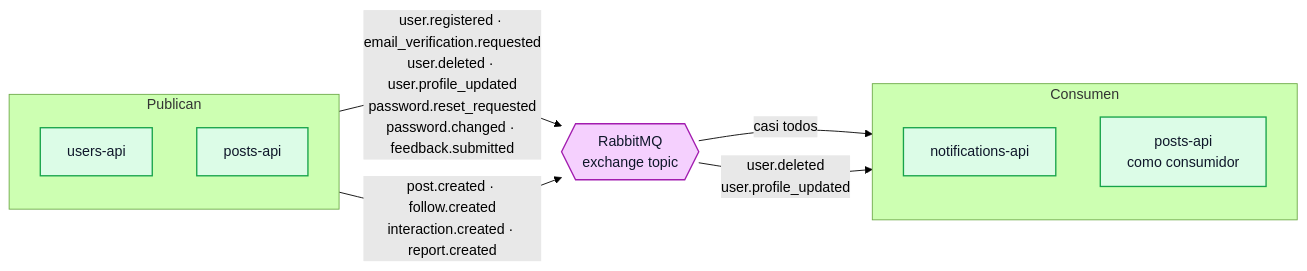
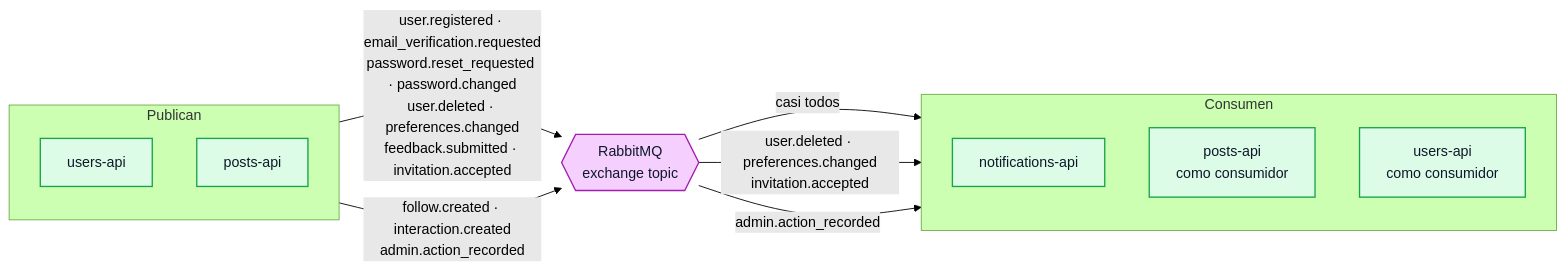
The third of 6 diagrams in docs/ARQUITECTURA.md (tds-g3-2s2026/udesa-x-platform), drawn with Mermaid (forest theme) before and after one commit. The commit also changed other lines of this file and 3 other files, not shown here.

````diff
--- a/docs/ARQUITECTURA.md
+++ b/docs/ARQUITECTURA.md
@@ -582,24 +567,26 @@
 ```mermaid
 flowchart LR
     subgraph pub["Publican"]
         direction TB
         U["users-api"]
         P["posts-api"]
     end
     EX{{"RabbitMQ<br/>exchange topic"}}
     subgraph con["Consumen"]
         direction TB
         N["notifications-api"]
         P2["posts-api<br/>como consumidor"]
+        U2["users-api<br/>como consumidor"]
     end
 
-    U -->|"user.registered · email_verification.requested<br/>user.deleted · user.profile_updated<br/>password.reset_requested<br/>password.changed · feedback.submitted"| EX
-    P -->|"post.created · follow.created<br/>interaction.created · report.created"| EX
+    U -->|"user.registered · email_verification.requested<br/>password.reset_requested · password.changed<br/>user.deleted · preferences.changed<br/>feedback.submitted · invitation.accepted"| EX
+    P -->|"follow.created · interaction.created<br/>admin.action_recorded"| EX
     EX -->|"casi todos"| N
-    EX -->|"user.deleted<br/>user.profile_updated"| P2
+    EX -->|"user.deleted · preferences.changed<br/>invitation.accepted"| P2
+    EX -->|"admin.action_recorded"| U2
 
     classDef svc fill:#dcfce7,stroke:#16a34a,stroke-width:1.5px,color:#0f172a
     classDef bus fill:#f5d0fe,stroke:#a21caf,stroke-width:1.5px,color:#0f172a
-    class U,P,N,P2 svc
+    class U,P,N,P2,U2 svc
     class EX bus
 ```
````
